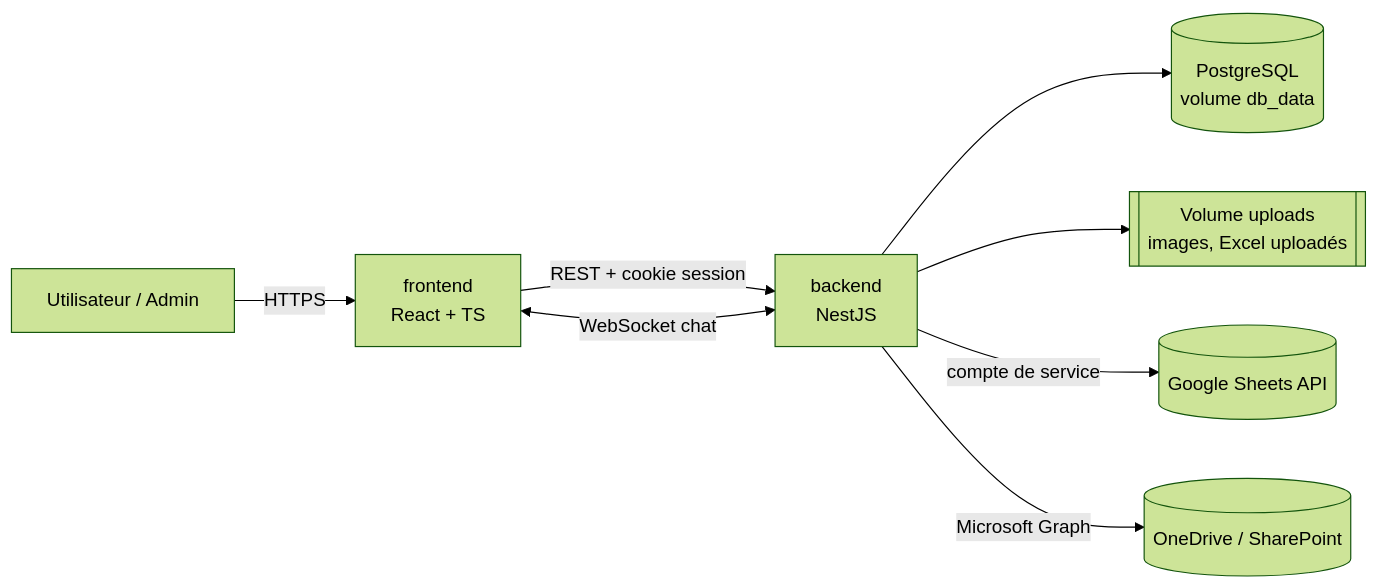
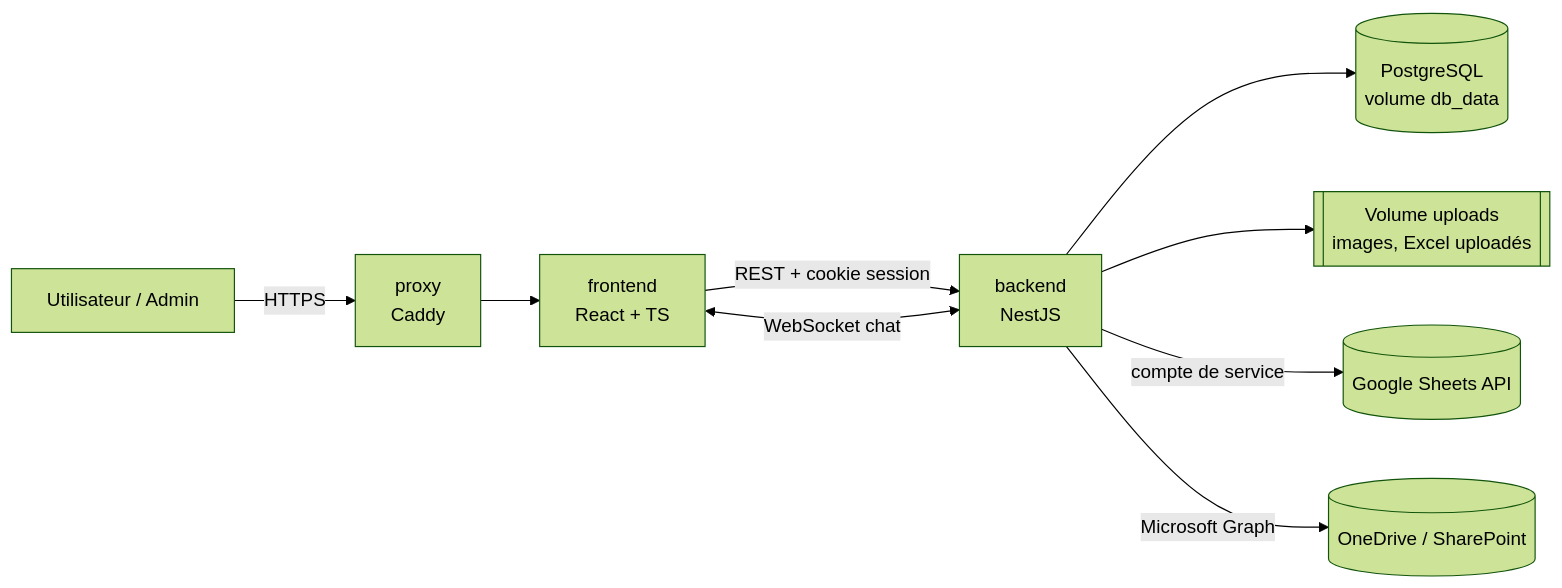
One commit to NL-Des/Strategos changed the first of 2 diagrams in references/architecture.md. Above: the diagram before and after it, drawn with Mermaid (forest theme). The commit also changed other lines of this file and 5 other files, not shown here.

````diff
--- a/references/architecture.md
+++ b/references/architecture.md
@@ -25,10 +25,11 @@
 ```mermaid
 flowchart LR
-    U[Utilisateur / Admin] -->|HTTPS| FE[frontend<br/>React + TS]
+    U[Utilisateur / Admin] -->|HTTPS| PX[proxy<br/>Caddy]
+    PX --> FE[frontend<br/>React + TS]
     FE -->|REST + cookie session| BE[backend<br/>NestJS]
     FE <-->|WebSocket chat| BE
     BE --> DB[(PostgreSQL<br/>volume db_data)]
     BE --> FS[[Volume uploads<br/>images, Excel uploadés]]
     BE -->|compte de service| GS[(Google Sheets API)]
     BE -->|Microsoft Graph| OD[(OneDrive / SharePoint)]
 ```
````
